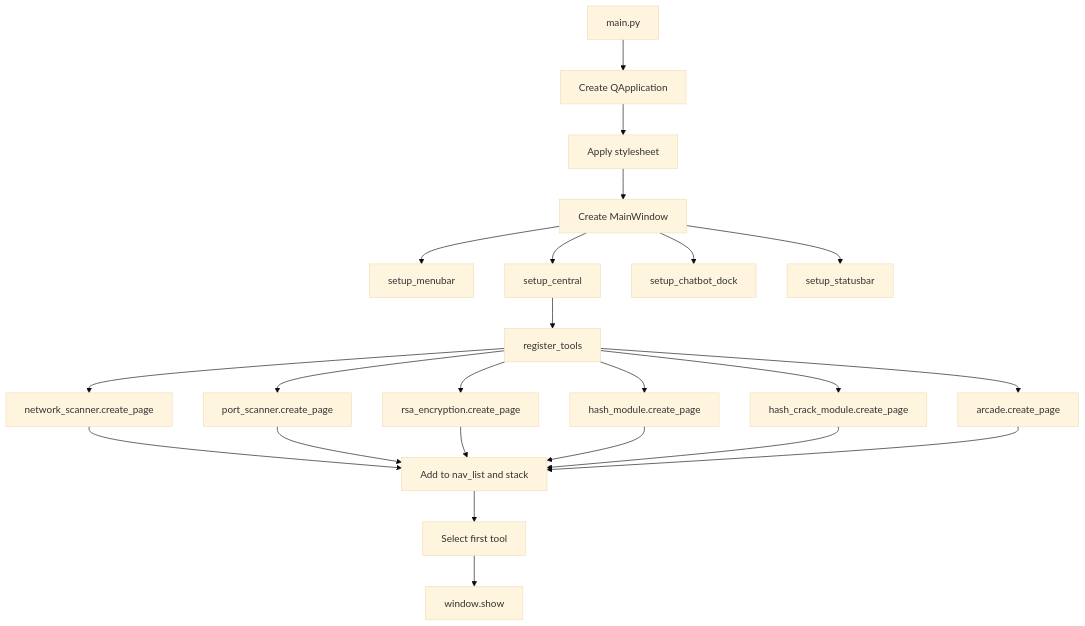
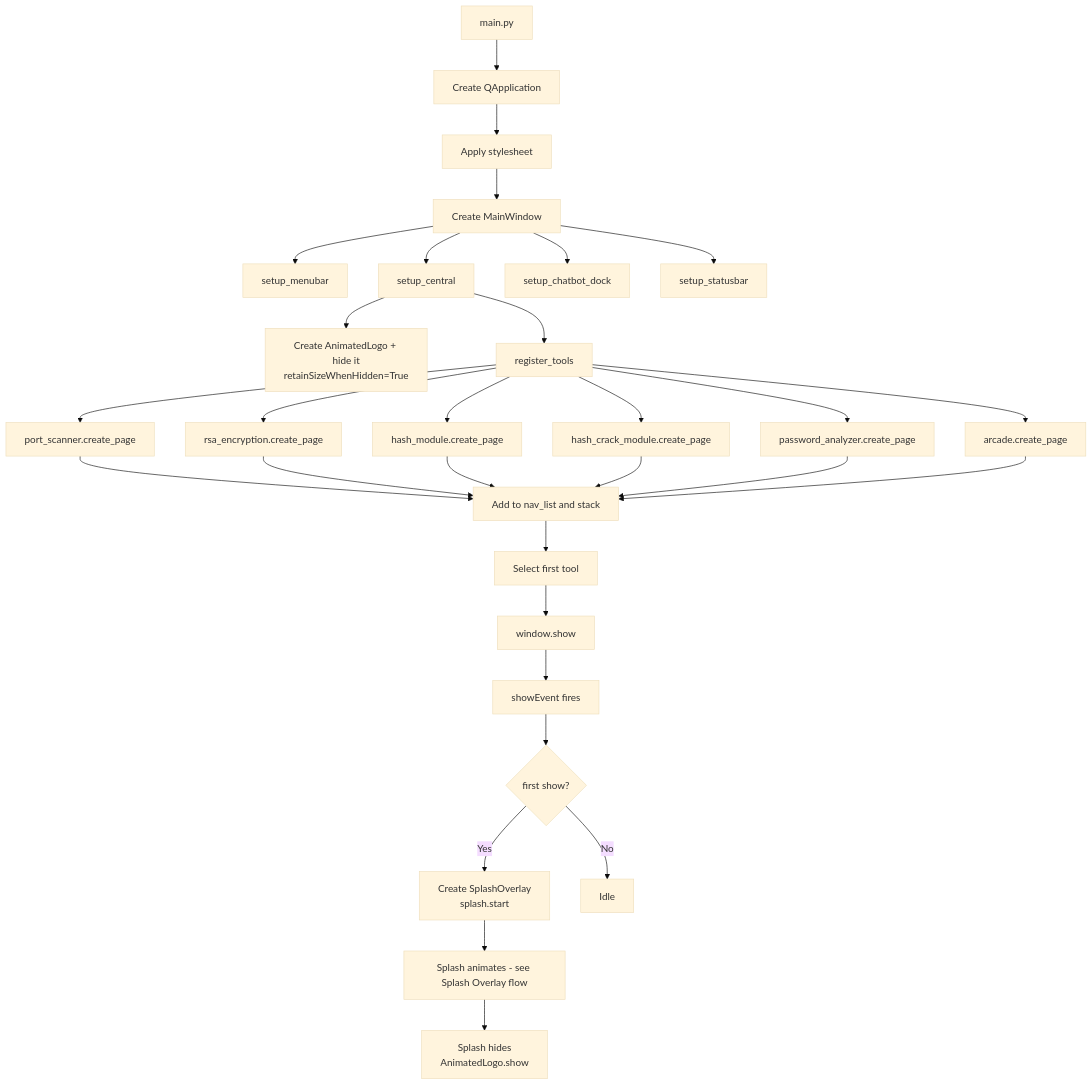
The second of 4 diagrams in src/frontend/README.md (Mr-Robotiko/Gilfi), drawn with Mermaid (base theme) before and after one commit. The commit also changed other lines of this file, not shown here.

````diff
--- a/src/frontend/README.md
+++ b/src/frontend/README.md
@@ -267,20 +326,27 @@
 ```mermaid
 flowchart TD
     A[main.py] --> B[Create QApplication]
     B --> C[Apply stylesheet]
     C --> D[Create MainWindow]
     D --> E[setup_menubar]
     D --> F[setup_central]
     D --> G[setup_chatbot_dock]
     D --> H[setup_statusbar]
+    F --> F1[Create AnimatedLogo + hide it<br/>retainSizeWhenHidden=True]
     F --> I[register_tools]
-    I --> J[network_scanner.create_page]
     I --> K[port_scanner.create_page]
     I --> L[rsa_encryption.create_page]
     I --> M[hash_module.create_page]
     I --> N[hash_crack_module.create_page]
+    I --> N2[password_analyzer.create_page]
     I --> O[arcade.create_page]
-    J & K & L & M & N & O --> P[Add to nav_list and stack]
+    K & L & M & N & N2 & O --> P[Add to nav_list and stack]
     P --> Q[Select first tool]
     Q --> R[window.show]
+    R --> S[showEvent fires]
+    S --> T{first show?}
+    T -- Yes --> U[Create SplashOverlay<br/>splash.start]
+    T -- No --> V[Idle]
+    U --> W[Splash animates - see Splash Overlay flow]
+    W --> X[Splash hides<br/>AnimatedLogo.show]
 ```
````
